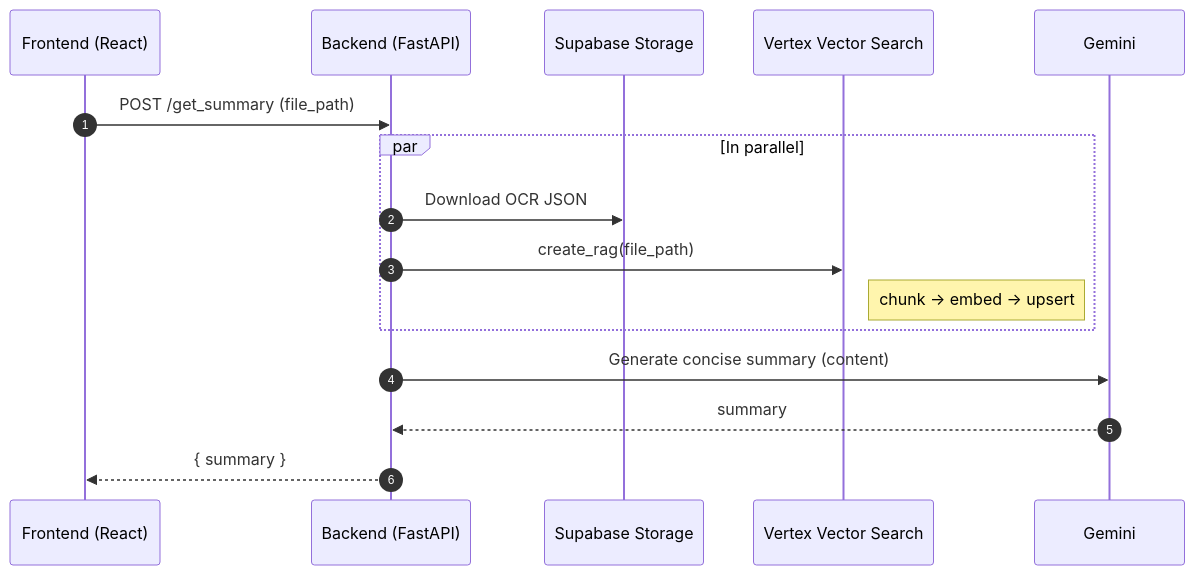
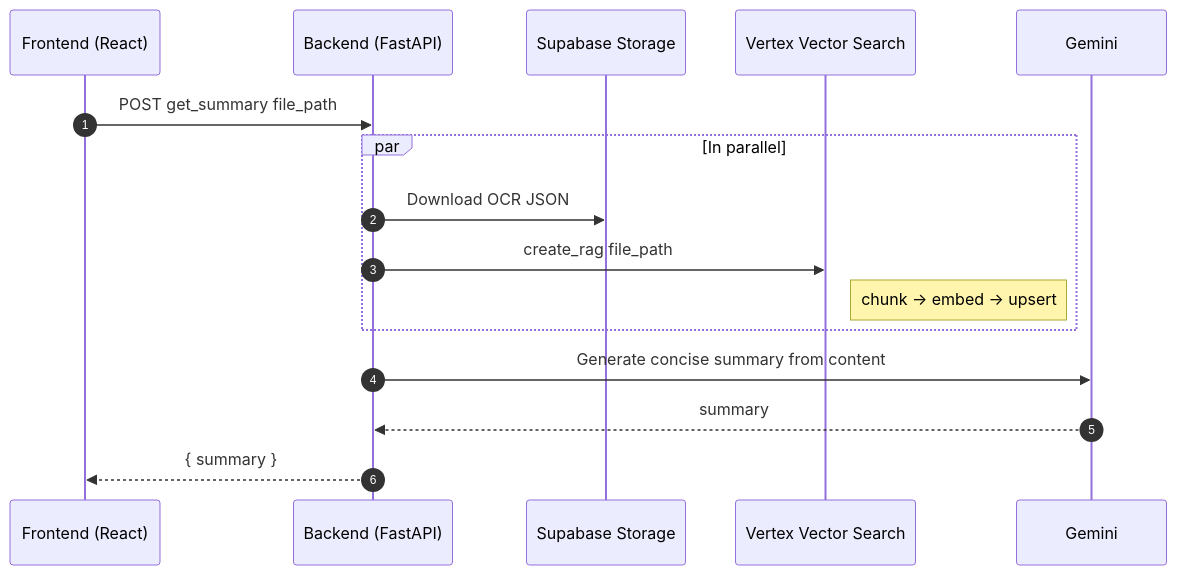
Before and after one commit to RohitYadav34980/DemystDocs.AI: the third of 5 diagrams in docs/diagrams.md, drawn with Mermaid. The commit also changed other lines of this file, not shown here.

Commit message:
docs: Update diagrams for clarity and consistency in terminology

````diff
--- a/docs/diagrams.md
+++ b/docs/diagrams.md
@@ -61,19 +61,19 @@
 ```mermaid
 sequenceDiagram
   autonumber
   participant FE as Frontend (React)
   participant BE as Backend (FastAPI)
   participant SB as Supabase Storage
   participant VS as Vertex Vector Search
   participant GM as Gemini
 
-  FE->>BE: POST /get_summary (file_path)
+  FE->>BE: POST get_summary file_path
   par In parallel
     BE->>SB: Download OCR JSON
-    BE->>VS: create_rag(file_path)
+    BE->>VS: create_rag file_path
     Note right of VS: chunk -> embed -> upsert
   end
-  BE->>GM: Generate concise summary (content)
+  BE->>GM: Generate concise summary from content
   GM-->>BE: summary
   BE-->>FE: { summary }
 ```
````
